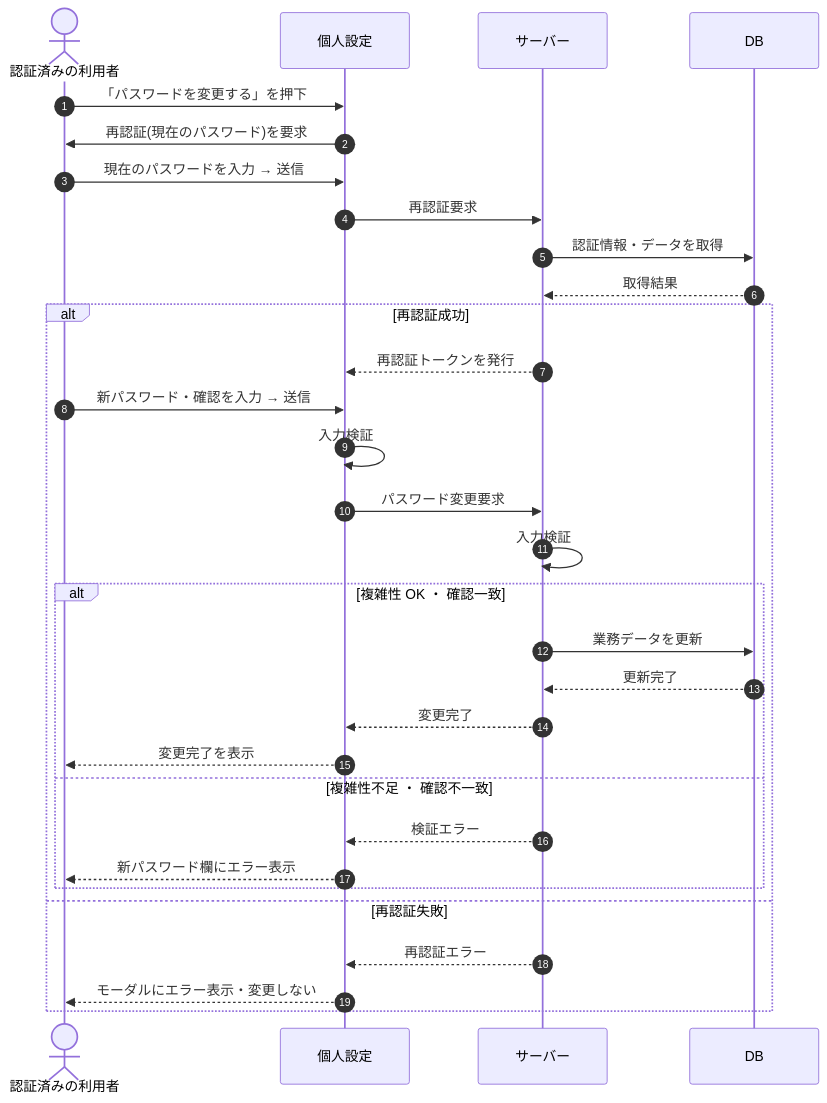
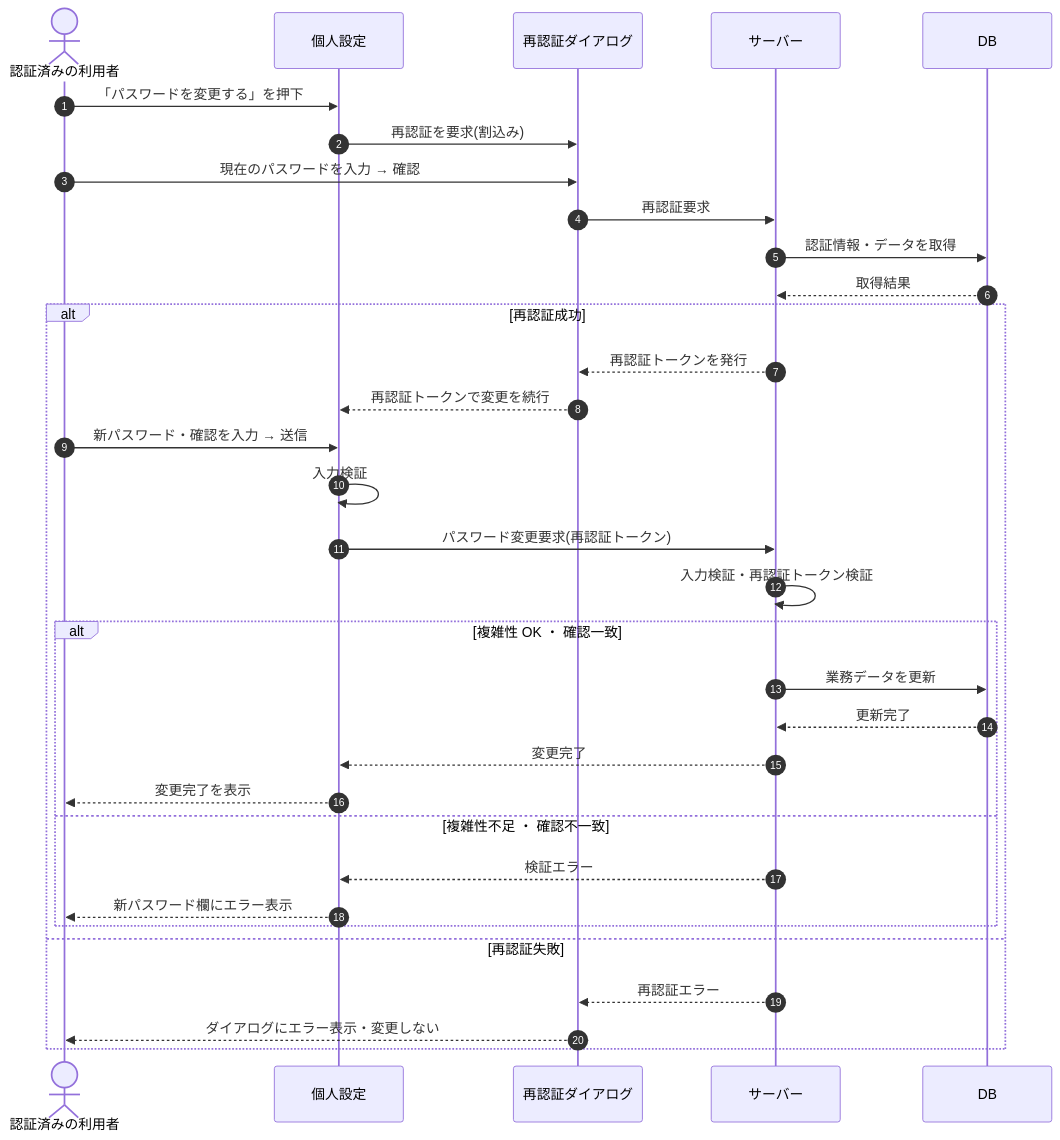
Before and after one commit to sikakou54/open-faq: the diagram in 02_basic_design/03_sequences/SEQ-071.md, drawn with Mermaid. The commit also changed other lines of this file and 99 other files, not shown here.

````diff
--- a/02_basic_design/03_sequences/SEQ-071.md
+++ b/02_basic_design/03_sequences/SEQ-071.md
@@ -25,33 +25,35 @@
 ```mermaid
 sequenceDiagram
   autonumber
   actor U as 認証済みの利用者
   participant Screen as 個人設定
+  participant Dialog as 再認証ダイアログ
   participant Server as サーバー
   participant DB as DB
   U->>Screen: 「パスワードを変更する」を押下
-  Screen->>U: 再認証(現在のパスワード)を要求
-  U->>Screen: 現在のパスワードを入力 → 送信
-  Screen->>Server: 再認証要求
+  Screen->>Dialog: 再認証を要求(割込み)
+  U->>Dialog: 現在のパスワードを入力 → 確認
+  Dialog->>Server: 再認証要求
   Server->>DB: 認証情報・データを取得
   DB-->>Server: 取得結果
   alt 再認証成功
-    Server-->>Screen: 再認証トークンを発行
+    Server-->>Dialog: 再認証トークンを発行
+    Dialog-->>Screen: 再認証トークンで変更を続行
     U->>Screen: 新パスワード・確認を入力 → 送信
     Screen->>Screen: 入力検証
-    Screen->>Server: パスワード変更要求
-    Server->>Server: 入力検証
+    Screen->>Server: パスワード変更要求(再認証トークン)
+    Server->>Server: 入力検証・再認証トークン検証
     alt 複雑性 OK ・ 確認一致
       Server->>DB: 業務データを更新
       DB-->>Server: 更新完了
       Server-->>Screen: 変更完了
       Screen-->>U: 変更完了を表示
     else 複雑性不足 ・ 確認不一致
       Server-->>Screen: 検証エラー
       Screen-->>U: 新パスワード欄にエラー表示
     end
   else 再認証失敗
-    Server-->>Screen: 再認証エラー
-    Screen-->>U: モーダルにエラー表示・変更しない
+    Server-->>Dialog: 再認証エラー
+    Dialog-->>U: ダイアログにエラー表示・変更しない
   end
 ```
````
